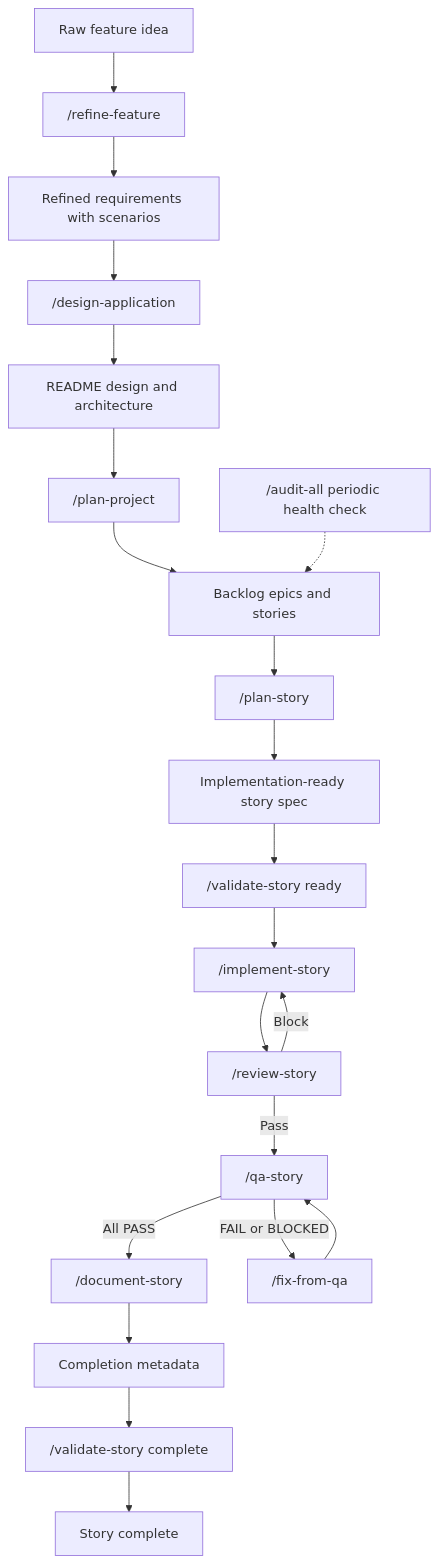
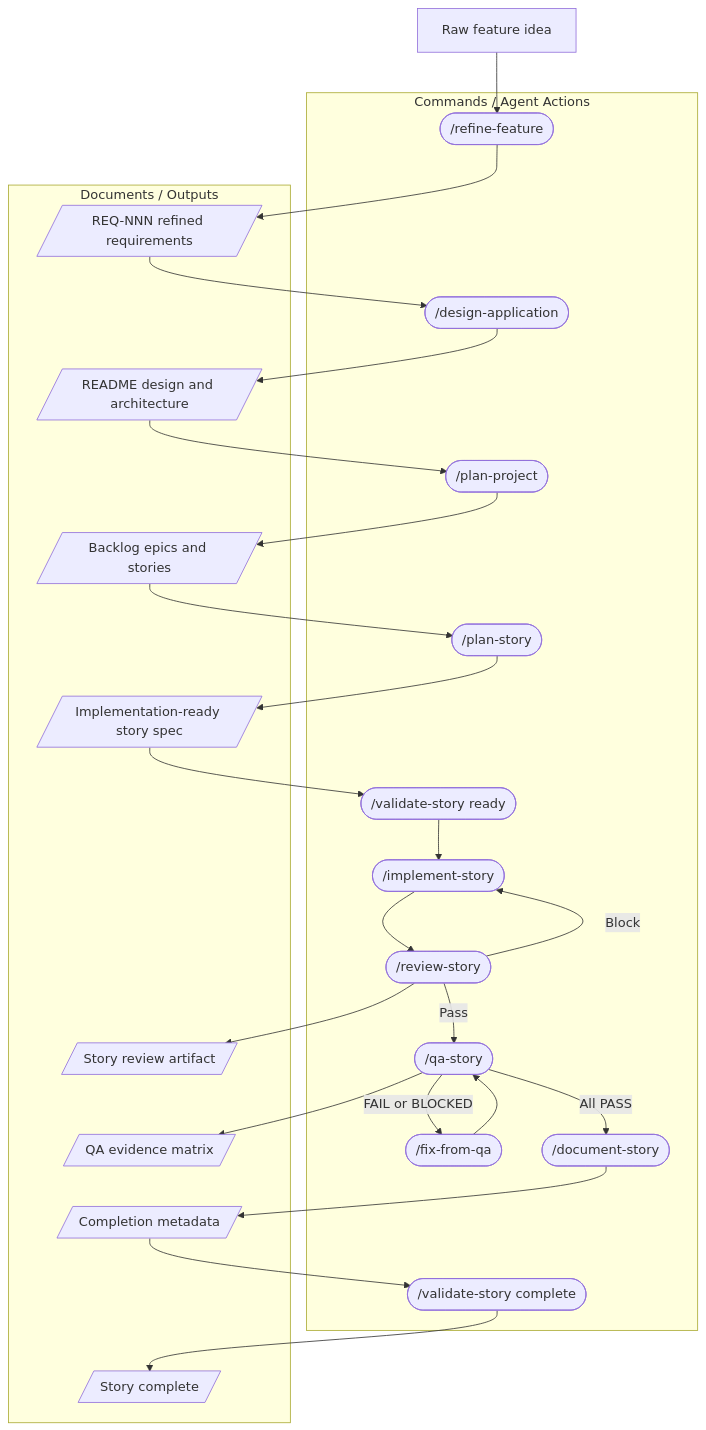
The first of 3 diagrams in docs/sdlc/workflow-sdlc.md (PhilipTeitel/Obisidian-AI), drawn with Mermaid before and after one commit. The commit also changed other lines of this file, not shown here.

````diff
--- a/docs/sdlc/workflow-sdlc.md
+++ b/docs/sdlc/workflow-sdlc.md
@@ -21,23 +37,51 @@
 ```mermaid
 flowchart TD
-    rawIdea["Raw feature idea"] --> refineFeature["/refine-feature"]
-    refineFeature --> requirementsDoc["Refined requirements with scenarios"]
-    requirementsDoc --> designApplication["/design-application"]
-    designApplication --> applicationDesign["README design and architecture"]
-    applicationDesign --> planProject["/plan-project"]
-    planProject --> backlog["Backlog epics and stories"]
-    backlog --> planStory["/plan-story"]
-    planStory --> storySpec["Implementation-ready story spec"]
-    storySpec --> validateReady["/validate-story ready"]
-    validateReady --> implementStory["/implement-story"]
-    implementStory --> reviewStory["/review-story"]
-    reviewStory -->|"Pass"| qaStory["/qa-story"]
+    rawIdea["Raw feature idea"]
+
+    subgraph Commands["Commands / Agent Actions"]
+        refineFeature(["/refine-feature"])
+        designApplication(["/design-application"])
+        planProject(["/plan-project"])
+        planStory(["/plan-story"])
+        validateReady(["/validate-story ready"])
+        implementStory(["/implement-story"])
+        reviewStory(["/review-story"])
+        qaStory(["/qa-story"])
+        fixFromQa(["/fix-from-qa"])
+        documentStory(["/document-story"])
+        validateComplete(["/validate-story complete"])
+    end
+
+    subgraph Artifacts["Documents / Outputs"]
+        requirementsDoc[/"REQ-NNN refined requirements"/]
+        applicationDesign[/"README design and architecture"/]
+        backlog[/"Backlog epics and stories"/]
+        storySpec[/"Implementation-ready story spec"/]
+        reviewArtifact[/"Story review artifact"/]
+        qaEvidence[/"QA evidence matrix"/]
+        completionMetadata[/"Completion metadata"/]
+        done[/"Story complete"/]
+    end
+
+    rawIdea --> refineFeature
+    refineFeature --> requirementsDoc
+    requirementsDoc --> designApplication
+    designApplication --> applicationDesign
+    applicationDesign --> planProject
+    planProject --> backlog
+    backlog --> planStory
+    planStory --> storySpec
+    storySpec --> validateReady
+    validateReady --> implementStory
+    implementStory --> reviewStory
+    reviewStory --> reviewArtifact
+    reviewStory -->|"Pass"| qaStory
     reviewStory -->|"Block"| implementStory
-    qaStory -->|"All PASS"| documentStory["/document-story"]
-    qaStory -->|"FAIL or BLOCKED"| fixFromQa["/fix-from-qa"]
+    qaStory --> qaEvidence
+    qaStory -->|"All PASS"| documentStory
+    qaStory -->|"FAIL or BLOCKED"| fixFromQa
     fixFromQa --> qaStory
-    documentStory --> completionMetadata["Completion metadata"]
-    completionMetadata --> validateComplete["/validate-story complete"]
-    validateComplete --> done["Story complete"]
-    auditAll["/audit-all periodic health check"] -.-> backlog
+    documentStory --> completionMetadata
+    completionMetadata --> validateComplete
+    validateComplete --> done
 ```
````
